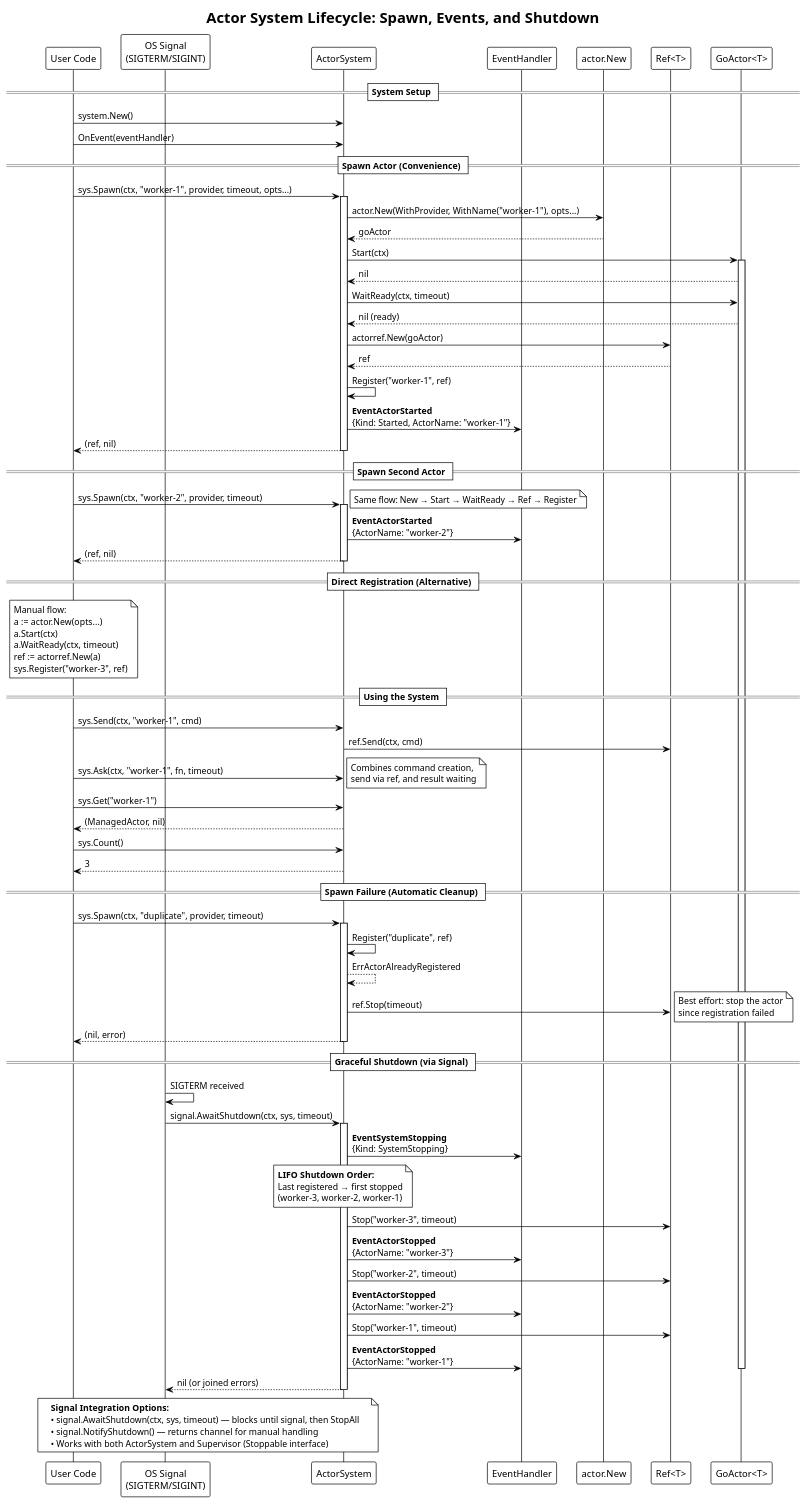
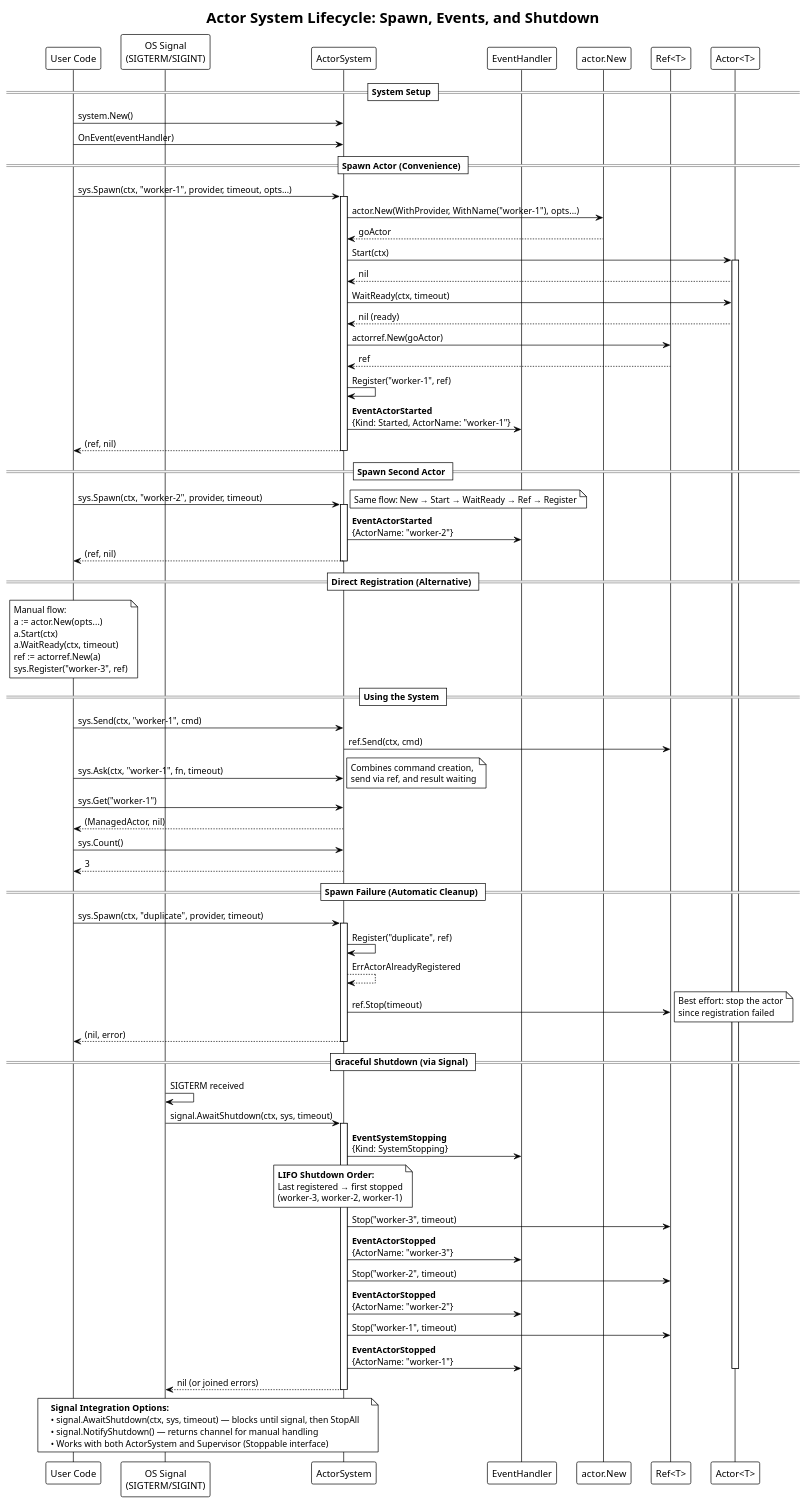
One commit to barnowlsnest/go-actorlib changed the diagram in docs/system-lifecycle.puml. Above: the diagram before and after it, drawn with PlantUML. The commit also changed 3 other files, not shown here.

First line of the commit message:
docs: rename GoActor/GoCommand labels in diagrams

```diff
--- a/docs/system-lifecycle.puml
+++ b/docs/system-lifecycle.puml
@@ -1,118 +1,118 @@
 @startuml system-lifecycle
 !theme plain
 skinparam backgroundColor #FFFFFF
 
 title Actor System Lifecycle: Spawn, Events, and Shutdown
 
 participant "User Code" as user
 participant "OS Signal\n(SIGTERM/SIGINT)" as signal
 participant "ActorSystem" as sys
 participant "EventHandler" as handler
 participant "actor.New" as factory
 participant "Ref<T>" as ref
-participant "GoActor<T>" as actor
+participant "Actor<T>" as actor
 
 == System Setup ==
 user -> sys : system.New()
 user -> sys : OnEvent(eventHandler)
 
 == Spawn Actor (Convenience) ==
 user -> sys : sys.Spawn(ctx, "worker-1", provider, timeout, opts...)
 activate sys
 
 sys -> factory : actor.New(WithProvider, WithName("worker-1"), opts...)
 factory --> sys : goActor
 
 sys -> actor : Start(ctx)
 activate actor
 actor --> sys : nil
 
 sys -> actor : WaitReady(ctx, timeout)
 actor --> sys : nil (ready)
 
 sys -> ref : actorref.New(goActor)
 ref --> sys : ref
 
 sys -> sys : Register("worker-1", ref)
 
 sys -> handler : **EventActorStarted**\n{Kind: Started, ActorName: "worker-1"}
 
 sys --> user : (ref, nil)
 deactivate sys
 
 == Spawn Second Actor ==
 user -> sys : sys.Spawn(ctx, "worker-2", provider, timeout)
 activate sys
 note right : Same flow: New → Start → WaitReady → Ref → Register
 sys -> handler : **EventActorStarted**\n{ActorName: "worker-2"}
 sys --> user : (ref, nil)
 deactivate sys
 
 == Direct Registration (Alternative) ==
 note over user
   Manual flow:
   a := actor.New(opts...)
   a.Start(ctx)
   a.WaitReady(ctx, timeout)
   ref := actorref.New(a)
   sys.Register("worker-3", ref)
 end note
 
 == Using the System ==
 user -> sys : sys.Send(ctx, "worker-1", cmd)
 sys -> ref : ref.Send(ctx, cmd)
 
 user -> sys : sys.Ask(ctx, "worker-1", fn, timeout)
 note right : Combines command creation,\nsend via ref, and result waiting
 
 user -> sys : sys.Get("worker-1")
 sys --> user : (ManagedActor, nil)
 
 user -> sys : sys.Count()
 sys --> user : 3
 
 == Spawn Failure (Automatic Cleanup) ==
 user -> sys : sys.Spawn(ctx, "duplicate", provider, timeout)
 activate sys
 sys -> sys : Register("duplicate", ref)
 sys --> sys : ErrActorAlreadyRegistered
 sys -> ref : ref.Stop(timeout)
 note right : Best effort: stop the actor\nsince registration failed
 sys --> user : (nil, error)
 deactivate sys
 
 == Graceful Shutdown (via Signal) ==
 
 signal -> signal : SIGTERM received
 signal -> sys : signal.AwaitShutdown(ctx, sys, timeout)
 activate sys
 
 sys -> handler : **EventSystemStopping**\n{Kind: SystemStopping}
 
 note over sys
   **LIFO Shutdown Order:**
   Last registered → first stopped
   (worker-3, worker-2, worker-1)
 end note
 
 sys -> ref : Stop("worker-3", timeout)
 sys -> handler : **EventActorStopped**\n{ActorName: "worker-3"}
 
 sys -> ref : Stop("worker-2", timeout)
 sys -> handler : **EventActorStopped**\n{ActorName: "worker-2"}
 
 sys -> ref : Stop("worker-1", timeout)
 sys -> handler : **EventActorStopped**\n{ActorName: "worker-1"}
 
 deactivate actor
 sys --> signal : nil (or joined errors)
 deactivate sys
 
 note over user, sys
   **Signal Integration Options:**
   • signal.AwaitShutdown(ctx, sys, timeout) — blocks until signal, then StopAll
   • signal.NotifyShutdown() — returns channel for manual handling
   • Works with both ActorSystem and Supervisor (Stoppable interface)
 end note
 
 @enduml
```
